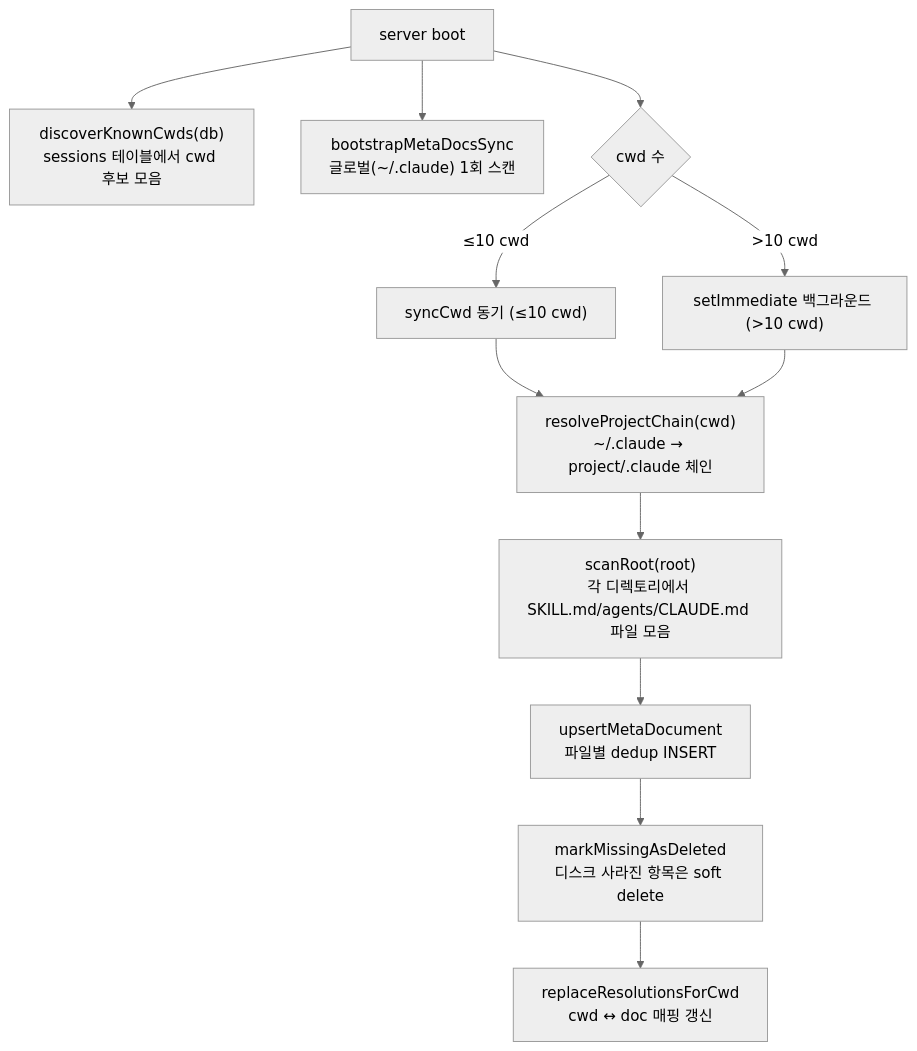
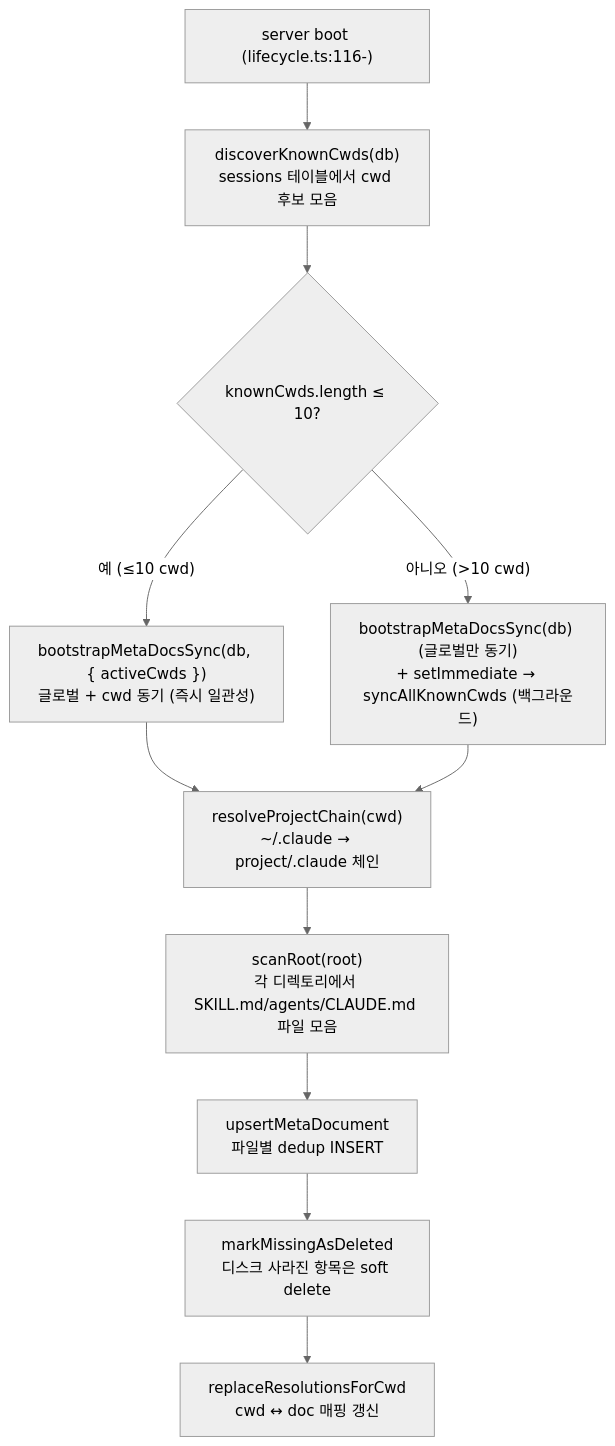
One commit to gmoon92/claude-spyglass changed the eighth of 9 diagrams in docs/architecture/architecture.md. Above: the diagram before and after it, drawn with Mermaid (neutral theme). The commit also changed other lines of this file and 9 other files, not shown here.

Commit message:
docs(architecture): 아키텍처 문서 소스 기준 현행화

````diff
--- a/docs/architecture/architecture.md
+++ b/docs/architecture/architecture.md
@@ -579,26 +583,24 @@
 ```mermaid
 flowchart TD
-    BOOT["server boot"]
+    BOOT["server boot (lifecycle.ts:116-)"]
     DISCOVER["discoverKnownCwds(db)\nsessions 테이블에서 cwd 후보 모음"]
-    BOOTSTRAP["bootstrapMetaDocsSync\n글로벌(~/.claude) 1회 스캔"]
-    SYNC_DECISION{"cwd 수"}
-    SYNC_SYNC["syncCwd 동기 (≤10 cwd)"]
-    SYNC_BG["setImmediate 백그라운드 (>10 cwd)"]
+    SYNC_DECISION{"knownCwds.length ≤ 10?"}
+    SYNC_SYNC["bootstrapMetaDocsSync(db, { activeCwds })\n글로벌 + cwd 동기 (즉시 일관성)"]
+    SYNC_BG["bootstrapMetaDocsSync(db) (글로벌만 동기)\n+ setImmediate → syncAllKnownCwds (백그라운드)"]
     RESOLVE["resolveProjectChain(cwd)\n~/.claude → project/.claude 체인"]
     SCAN["scanRoot(root)\n각 디렉토리에서 SKILL.md/agents/CLAUDE.md 파일 모음"]
     UPSERT["upsertMetaDocument\n파일별 dedup INSERT"]
     MARK["markMissingAsDeleted\n디스크 사라진 항목은 soft delete"]
     REPLACE["replaceResolutionsForCwd\ncwd ↔ doc 매핑 갱신"]
 
     BOOT --> DISCOVER
-    BOOT --> BOOTSTRAP
-    BOOT --> SYNC_DECISION
-    SYNC_DECISION -->|"≤10 cwd"| SYNC_SYNC
-    SYNC_DECISION -->|">10 cwd"| SYNC_BG
+    DISCOVER --> SYNC_DECISION
+    SYNC_DECISION -->|"예 (≤10 cwd)"| SYNC_SYNC
+    SYNC_DECISION -->|"아니오 (>10 cwd)"| SYNC_BG
     SYNC_SYNC --> RESOLVE
     SYNC_BG --> RESOLVE
     RESOLVE --> SCAN
     SCAN --> UPSERT
     UPSERT --> MARK
     MARK --> REPLACE
 ```
````
